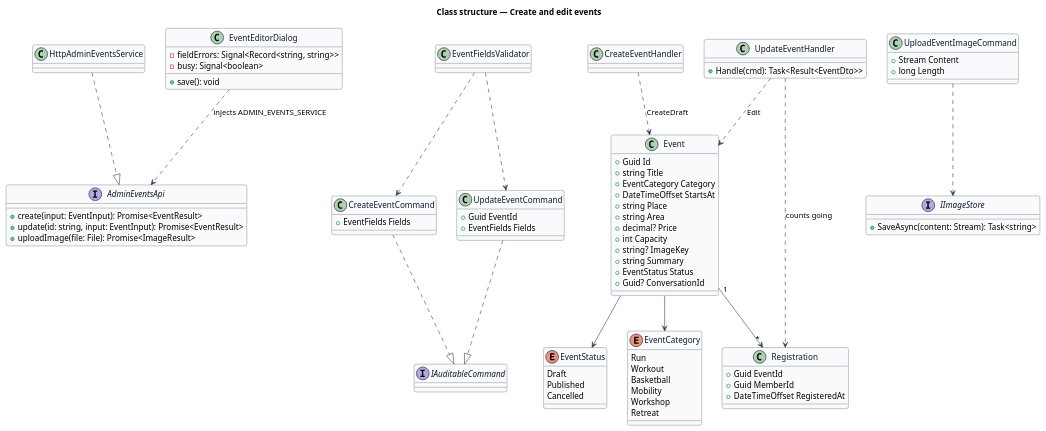
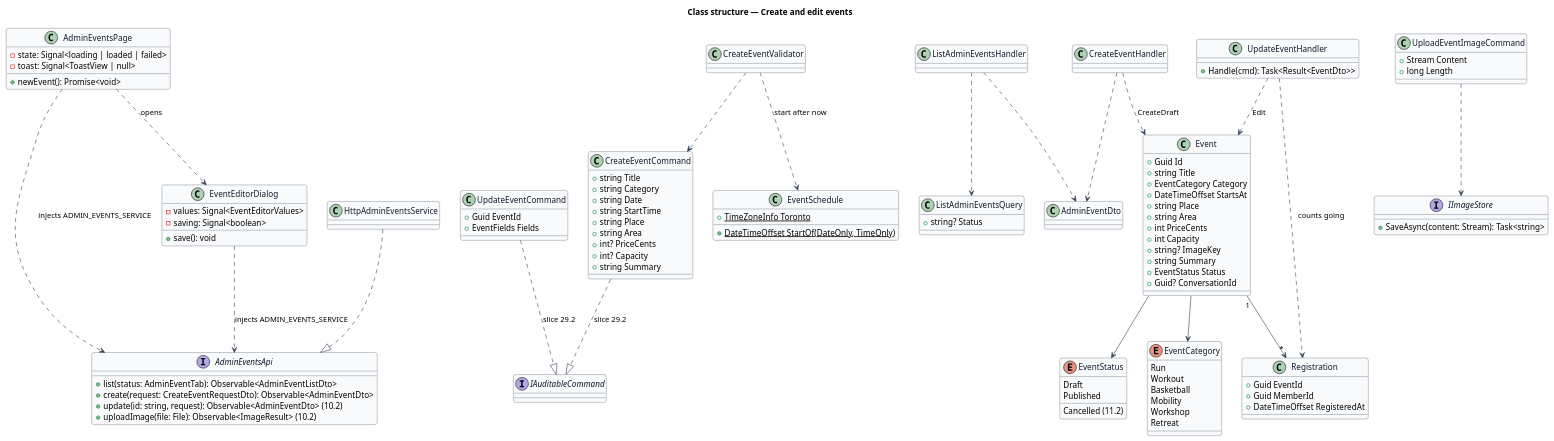
The diagram in docs/detailed-designs/admin-events/create-and-edit-events/diagrams/class.puml (QuinntyneBrown/christian-fitness), drawn with PlantUML before and after one commit. The commit also changed 35 other files, not shown here.

```diff
--- a/docs/detailed-designs/admin-events/create-and-edit-events/diagrams/class.puml
+++ b/docs/detailed-designs/admin-events/create-and-edit-events/diagrams/class.puml
@@ -1,91 +1,119 @@
 @startuml
 skinparam backgroundColor #FFFFFF
 skinparam shadowing false
 skinparam roundcorner 8
 skinparam defaultFontName Arial
 skinparam ArrowColor #344054
 skinparam class {
   BorderColor #344054
   FontColor #101828
   BackgroundColor #F9FAFB
 }
 title Class structure — Create and edit events
 
 interface AdminEventsApi {
-  +create(input: EventInput): Promise<EventResult>
-  +update(id: string, input: EventInput): Promise<EventResult>
-  +uploadImage(file: File): Promise<ImageResult>
+  +list(status: AdminEventTab): Observable<AdminEventListDto>
+  +create(request: CreateEventRequestDto): Observable<AdminEventDto>
+  +update(id: string, request): Observable<AdminEventDto> (10.2)
+  +uploadImage(file: File): Observable<ImageResult> (10.2)
+}
+class AdminEventsPage {
+  -state: Signal<loading | loaded | failed>
+  -toast: Signal<ToastView | null>
+  +newEvent(): Promise<void>
 }
 class HttpAdminEventsService
 class EventEditorDialog {
-  -fieldErrors: Signal<Record<string, string>>
-  -busy: Signal<boolean>
+  -values: Signal<EventEditorValues>
+  -saving: Signal<boolean>
   +save(): void
 }
 class CreateEventCommand {
-  +EventFields Fields
+  +string Title
+  +string Category
+  +string Date
+  +string StartTime
+  +string Place
+  +string Area
+  +int? PriceCents
+  +int? Capacity
+  +string Summary
+}
+class ListAdminEventsQuery {
+  +string? Status
+}
+class ListAdminEventsHandler
+class AdminEventDto
+class EventSchedule {
+  +{static} TimeZoneInfo Toronto
+  +{static} DateTimeOffset StartOf(DateOnly, TimeOnly)
 }
 class UpdateEventCommand {
   +Guid EventId
   +EventFields Fields
 }
-class EventFieldsValidator
+class CreateEventValidator
 class CreateEventHandler
 class UpdateEventHandler {
   +Handle(cmd): Task<Result<EventDto>>
 }
 class UploadEventImageCommand {
   +Stream Content
   +long Length
 }
 interface IImageStore {
   +SaveAsync(content: Stream): Task<string>
 }
 interface IAuditableCommand
 class Registration {
   +Guid EventId
   +Guid MemberId
   +DateTimeOffset RegisteredAt
 }
 class Event {
   +Guid Id
   +string Title
   +EventCategory Category
   +DateTimeOffset StartsAt
   +string Place
   +string Area
-  +decimal? Price
+  +int PriceCents
   +int Capacity
   +string? ImageKey
   +string Summary
   +EventStatus Status
   +Guid? ConversationId
 }
 enum EventStatus {
   Draft
   Published
-  Cancelled
+  Cancelled (11.2)
 }
 enum EventCategory {
   Run
   Workout
   Basketball
   Mobility
   Workshop
   Retreat
 }
 Event --> EventStatus
 Event --> EventCategory
 
 HttpAdminEventsService ..|> AdminEventsApi
 EventEditorDialog ..> AdminEventsApi : injects ADMIN_EVENTS_SERVICE
-EventFieldsValidator ..> CreateEventCommand
-EventFieldsValidator ..> UpdateEventCommand
+CreateEventValidator ..> CreateEventCommand
+CreateEventValidator ..> EventSchedule : start after now
 CreateEventHandler ..> Event : CreateDraft
+CreateEventHandler ..> AdminEventDto
+ListAdminEventsHandler ..> ListAdminEventsQuery
+ListAdminEventsHandler ..> AdminEventDto
+AdminEventsPage ..> AdminEventsApi : injects ADMIN_EVENTS_SERVICE
+AdminEventsPage ..> EventEditorDialog : opens
 UpdateEventHandler ..> Event : Edit
 UpdateEventHandler ..> Registration : counts going
-CreateEventCommand ..|> IAuditableCommand
-UpdateEventCommand ..|> IAuditableCommand
+CreateEventCommand ..|> IAuditableCommand : slice 29.2
+UpdateEventCommand ..|> IAuditableCommand : slice 29.2
 UploadEventImageCommand ..> IImageStore
 Event "1" --> "*" Registration
 @enduml
```
